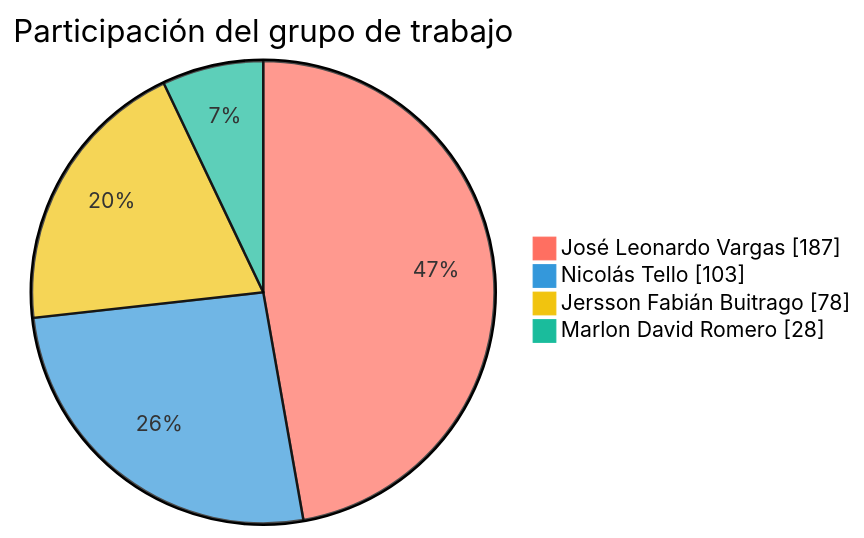
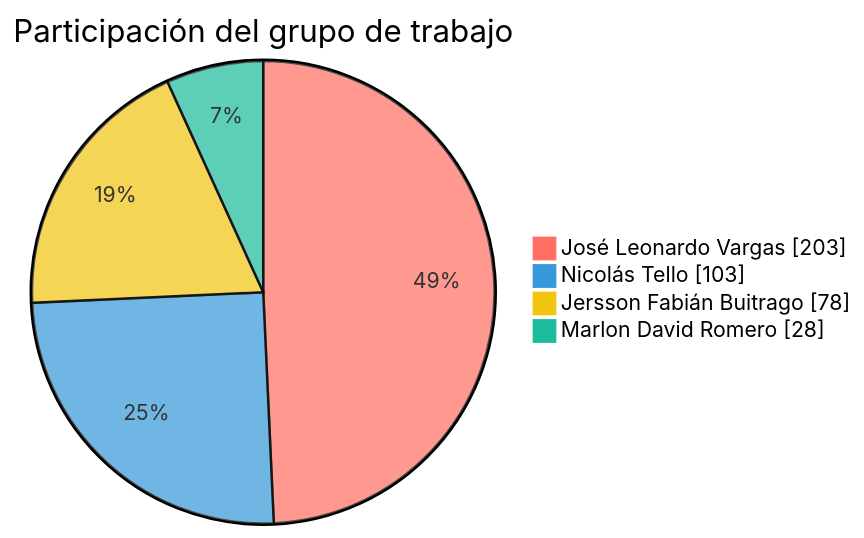
One commit to FarmaExpres/FarmaExpres changed the first of 2 diagrams in README.md. Above: the diagram before and after it, drawn with Mermaid. The commit also changed other lines of this file and 1 other file, not shown here.

````diff
--- a/README.md
+++ b/README.md
@@ -389,9 +389,9 @@
 ```mermaid
 %%{init: {"themeVariables": {"pie1": "#ff6f61", "pie2": "#3498db", "pie3": "#f1c40f", "pie4": "#1abc9c", "pieLabelColor": "#000000", "pieLabelFontSize": "24px", "pieLabelFontWeight": "700"}}}%%
 pie showData
     title Participación del grupo de trabajo
-    "José Leonardo Vargas" : 187
+    "José Leonardo Vargas" : 203
     "Nicolás Tello" : 103
     "Jersson Fabián Buitrago" : 78
     "Marlon David Romero" : 28
 ```
````
